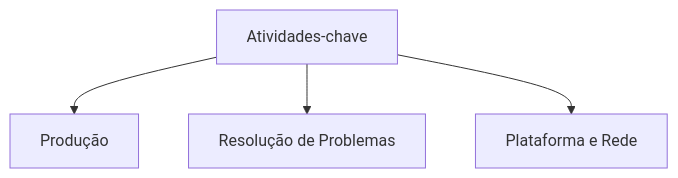
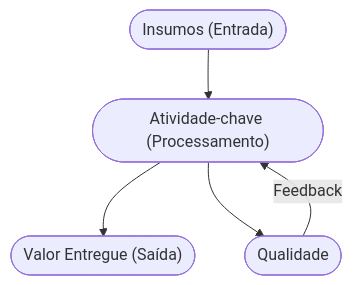
The diagram in docs/slides/src/slide-12.md (ricardotecpro/adm_gestao_dmn), drawn with Mermaid before and after one commit. The commit also changed other lines of this file and 171 other files, not shown here.

````diff
--- a/docs/slides/src/slide-12.md
+++ b/docs/slides/src/slide-12.md
@@ -15,6 +62,7 @@
 ```mermaid
 graph TD
-    A["Atividades-chave"] --> B["Produção"]
-    A --> C["Resolução de Problemas"]
-    A --> D["Plataforma e Rede"]
+    A(["Insumos (Entrada)"]) --> B(["Atividade-chave (Processamento)"])
+    B --> C(["Valor Entregue (Saída)"])
+    B --> D(["Qualidade"])
+    D -- "Feedback" --> B
 ```
````
